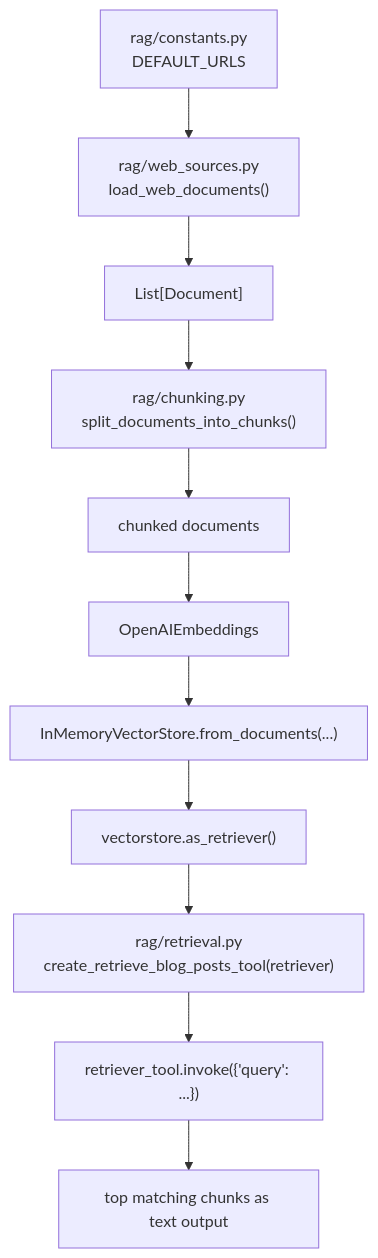
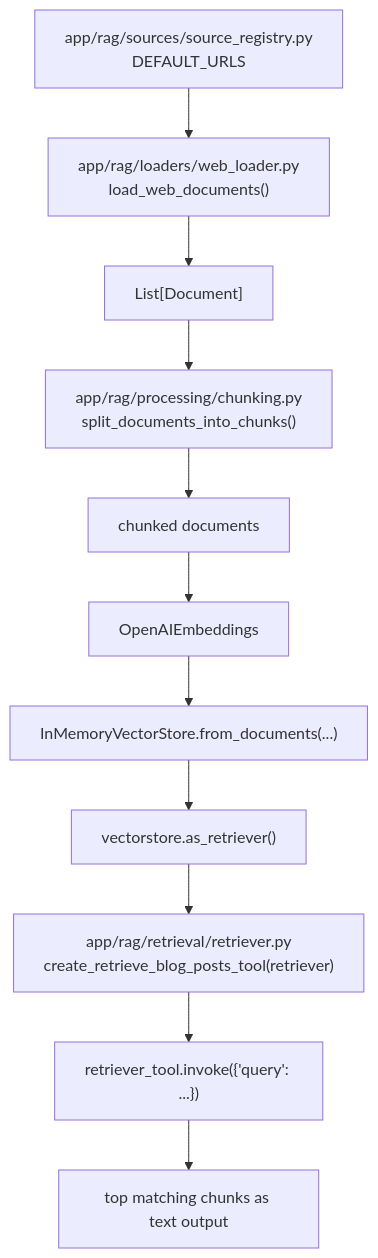
One commit to nadzic/agentic-custom-rag changed the diagram in README.md. Above: the diagram before and after it, drawn with Mermaid. The commit also changed other lines of this file and 45 other files, not shown here.

````diff
--- a/README.md
+++ b/README.md
@@ -14,17 +14,17 @@
 ```mermaid
 flowchart TD
-    A["`rag/constants.py
-    DEFAULT_URLS`"] --> B["`rag/web_sources.py
+    A["`app/rag/sources/source_registry.py
+    DEFAULT_URLS`"] --> B["`app/rag/loaders/web_loader.py
     load_web_documents()`"]
     B --> C["`List[Document]`"]
-    C --> D["`rag/chunking.py
+    C --> D["`app/rag/processing/chunking.py
     split_documents_into_chunks()`"]
     D --> E["`chunked documents`"]
     E --> F["`OpenAIEmbeddings`"]
     F --> G["`InMemoryVectorStore.from_documents(...)`"]
     G --> H["`vectorstore.as_retriever()`"]
-    H --> I["`rag/retrieval.py
+    H --> I["`app/rag/retrieval/retriever.py
     create_retrieve_blog_posts_tool(retriever)`"]
     I --> J["`retriever_tool.invoke({'query': ...})`"]
     J --> K["`top matching chunks as text output`"]
 ```
````
